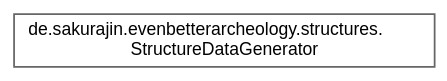
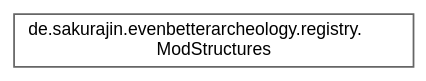
Before and after one commit to noah1510/EvenBetterArcheology: the diagram in inherit_graph_31.dot, drawn with Graphviz. The commit also changed 335 other files, not shown here.

```diff
--- a/inherit_graph_31.dot
+++ b/inherit_graph_31.dot
@@ -1,9 +1,9 @@
 digraph "Graphical Class Hierarchy"
 {
  // LATEX_PDF_SIZE
   bgcolor="transparent";
   edge [fontname=Helvetica,fontsize=10,labelfontname=Helvetica,labelfontsize=10];
   node [fontname=Helvetica,fontsize=10,shape=box,height=0.2,width=0.4];
   rankdir="LR";
-  Node0 [label="de.sakurajin.evenbetterarcheology.structures.\lStructureDataGenerator",height=0.2,width=0.4,color="grey40", fillcolor="white", style="filled",URL="$classde_1_1sakurajin_1_1evenbetterarcheology_1_1structures_1_1StructureDataGenerator.html",tooltip=" "];
+  Node0 [label="de.sakurajin.evenbetterarcheology.registry.\lModStructures",height=0.2,width=0.4,color="grey40", fillcolor="white", style="filled",URL="$classde_1_1sakurajin_1_1evenbetterarcheology_1_1registry_1_1ModStructures.html",tooltip=" "];
 }
```
